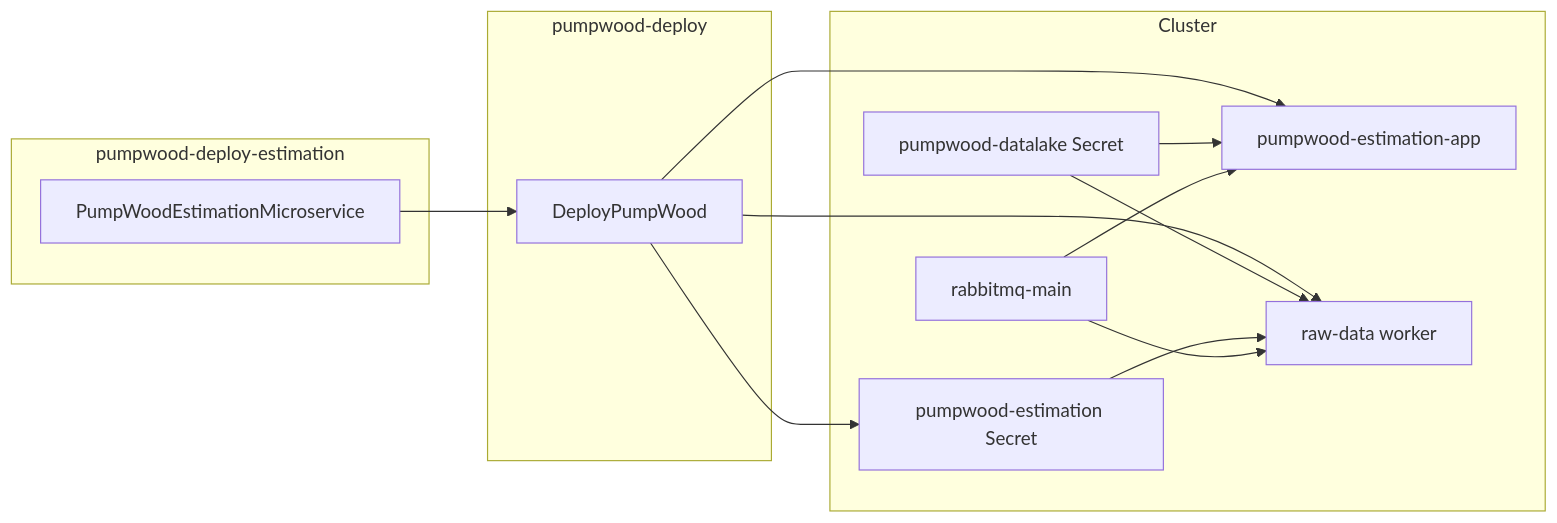
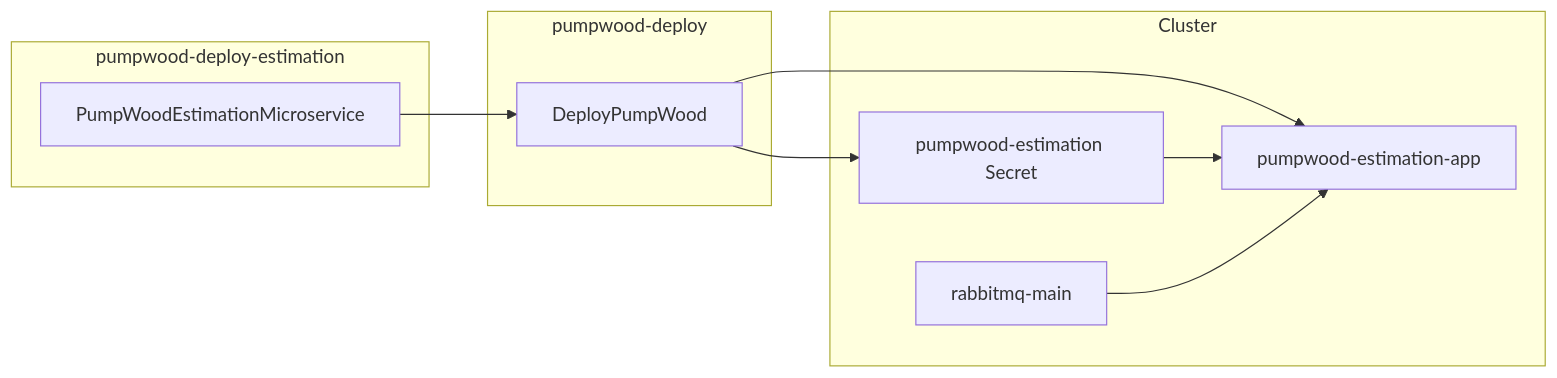
Before and after one commit to Murabei-OpenSource-Codes/pumpwood-deploy-estimation: the diagram in README.md, drawn with Mermaid. The commit also changed other lines of this file and 12 other files, not shown here.

````diff
--- a/README.md
+++ b/README.md
@@ -34,25 +31,19 @@
 ```mermaid
 flowchart LR
     subgraph pkg [pumpwood-deploy-estimation]
         A[PumpWoodEstimationMicroservice]
     end
     subgraph core [pumpwood-deploy]
         B[DeployPumpWood]
     end
     subgraph cluster [Cluster]
         ES[pumpwood-estimation Secret]
-        DS[pumpwood-datalake Secret]
         APP[pumpwood-estimation-app]
-        W[raw-data worker]
         RMQ[rabbitmq-main]
     end
     A --> B
     B --> ES
     B --> APP
-    B --> W
-    DS --> APP
-    DS --> W
-    ES --> W
+    ES --> APP
     RMQ --> APP
-    RMQ --> W
 ```
````
